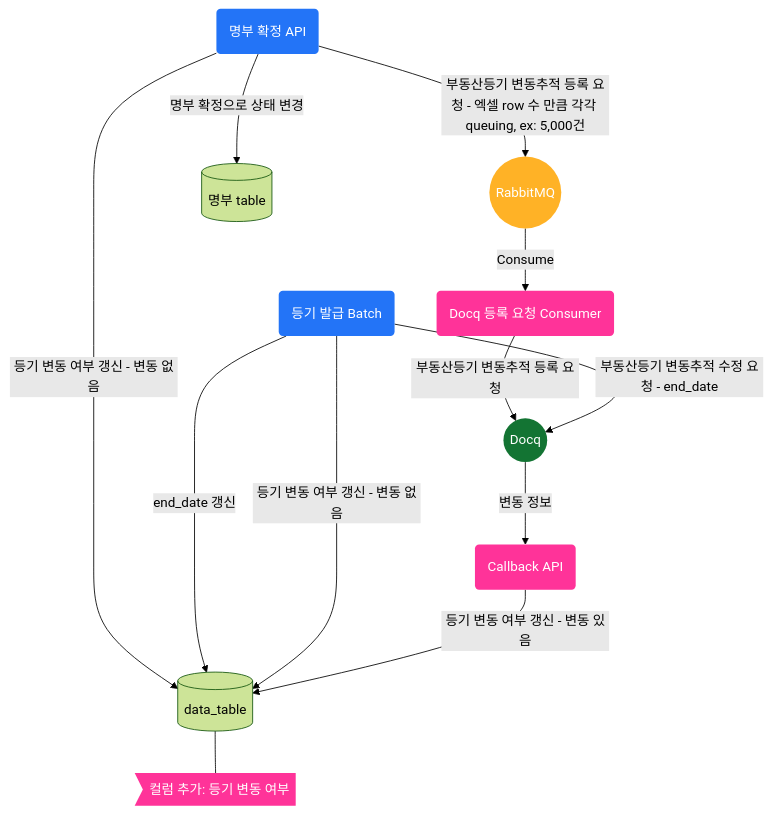
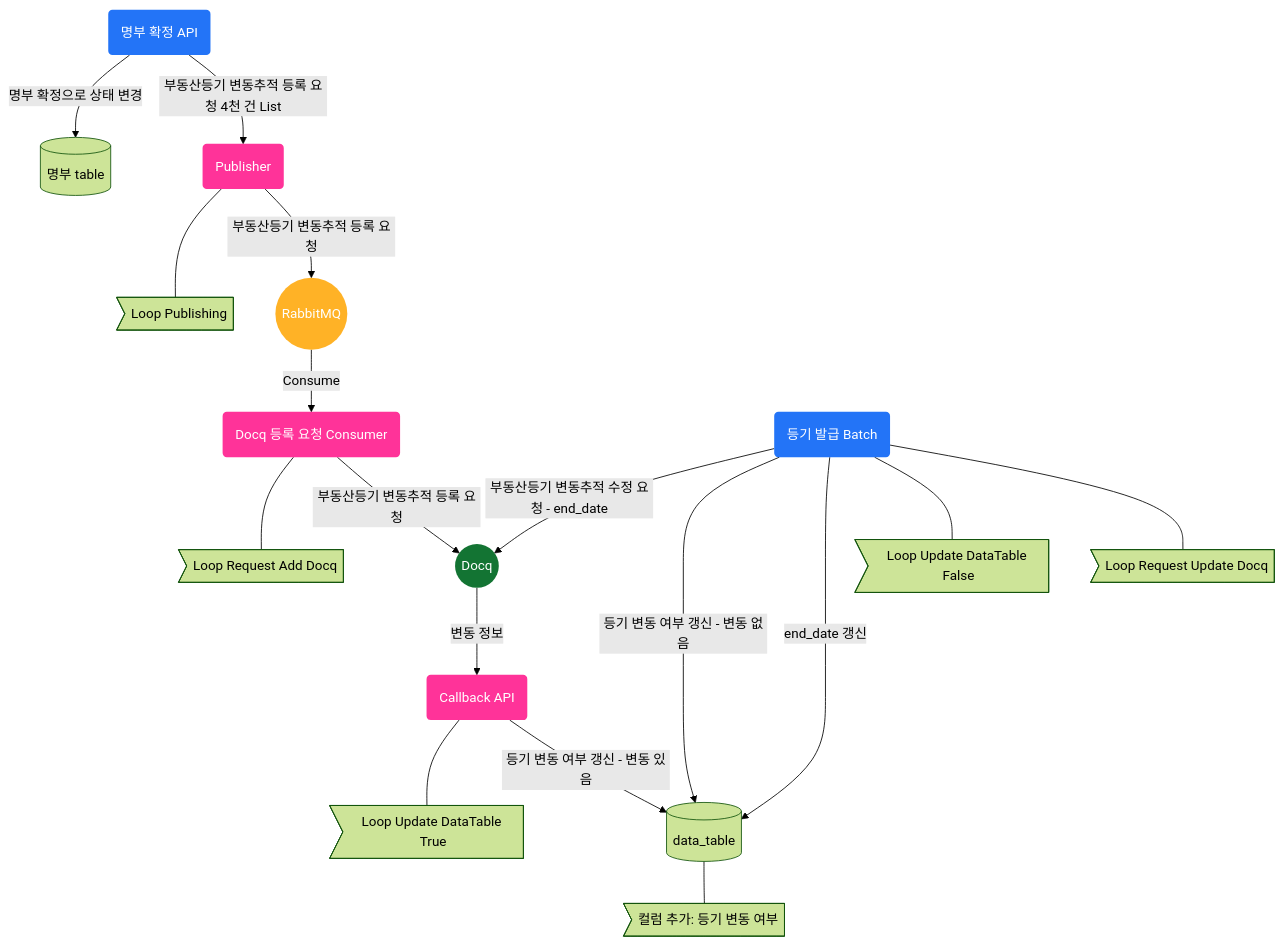
The diagram in asis/ARCHITECTURE-monkeydugi.md (next-step/career-architecture), drawn with Mermaid (forest theme) before and after one commit. The commit also changed other lines of this file, not shown here.

Commit message:
refactor: as-is 그림에 Loop 처리하는 부분을 표현

````diff
--- a/asis/ARCHITECTURE-monkeydugi.md
+++ b/asis/ARCHITECTURE-monkeydugi.md
@@ -33,31 +33,41 @@
 ```mermaid
 flowchart TD
 	%% Colors %%
 	classDef blue fill:#2374f7,stroke-width:0px,color:#fff
 	classDef green fill:#137433,stroke-width:0px,color:#fff
 	classDef red fill:#FF3399,stroke-width:0px,color:#fff
 	classDef orange fill:#FFB226,stroke-width:0px,color:#fff
 	classDef yellow fill:#CCCC00,stroke-width:0px,color:#fff
 	classDef violet fill:#6600CC,stroke-width:0px,color:#fff
 		
 	Docq((Docq)):::green
 	RabbitMQ((RabbitMQ)):::orange
 	UnionRegiComplete(명부 확정 API):::blue
 	ConsumerAddDocq(Docq 등록 요청 Consumer):::red
 	dom[(data_table)]
 	unionTable[(명부 table)]
 	batch(등기 발급 Batch):::blue
 	CallbackAPI(Callback API):::red
-	AddColumn>컬럼 추가: 등기 변동 여부]:::red
+	AddColumn>컬럼 추가: 등기 변동 여부]
+    LoopPublishing>Loop Publishing]
+    LoopRequestAddDocq>Loop Request Add Docq]
+    LoopRequestUpdateDocq>Loop Request Update Docq]
+    LoopUpdateDataTableFalse>Loop Update DataTable False]
+    LoopUpdateDataTableTrue>Loop Update DataTable True]
+	Publisher(Publisher):::red
 	
-	UnionRegiComplete --> |부동산등기 변동추적 등록 요청 - 엑셀 row 수 만큼 각각 queuing, ex: 5,000건| RabbitMQ
-	UnionRegiComplete --> |등기 변동 여부 갱신 - 변동 없음| dom
+	UnionRegiComplete --> |부동산등기 변동추적 등록 요청 4천 건 List| Publisher --> |부동산등기 변동추적 등록 요청| RabbitMQ
+	Publisher --- LoopPublishing
 	UnionRegiComplete --> |명부 확정으로 상태 변경| unionTable
 	RabbitMQ --> |Consume| ConsumerAddDocq
 	ConsumerAddDocq --> |부동산등기 변동추적 등록 요청| Docq
+	ConsumerAddDocq --- LoopRequestAddDocq
+	batch --- LoopRequestUpdateDocq
+	batch --- LoopUpdateDataTableFalse
 	batch --> |end_date 갱신| dom
 	batch --> |등기 변동 여부 갱신 - 변동 없음| dom
 	batch --> |부동산등기 변동추적 수정 요청 - end_date| Docq
 	Docq --> |변동 정보| CallbackAPI --> |등기 변동 여부 갱신 - 변동 있음| dom
+    CallbackAPI --- LoopUpdateDataTableTrue
     dom --- AddColumn
 ```
````
